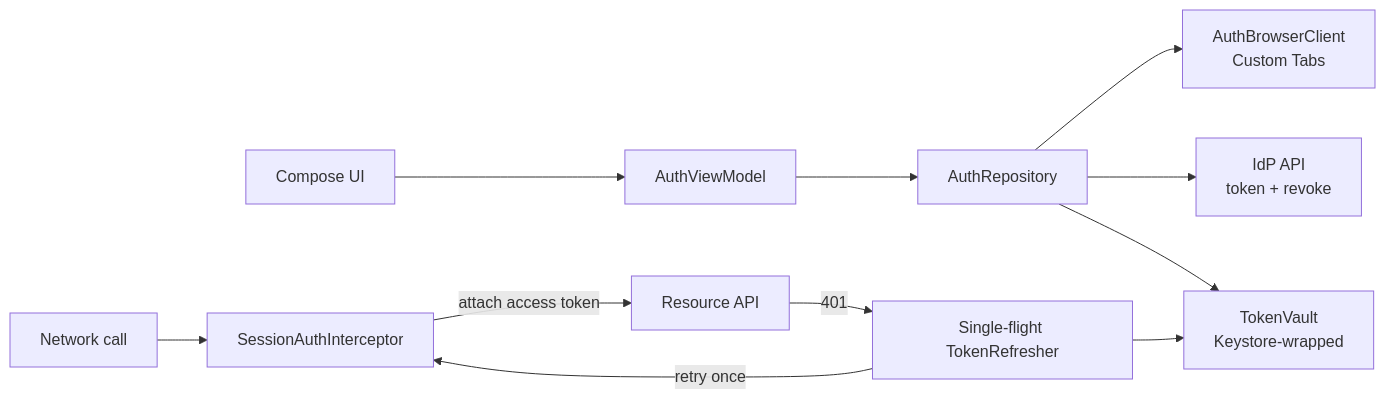
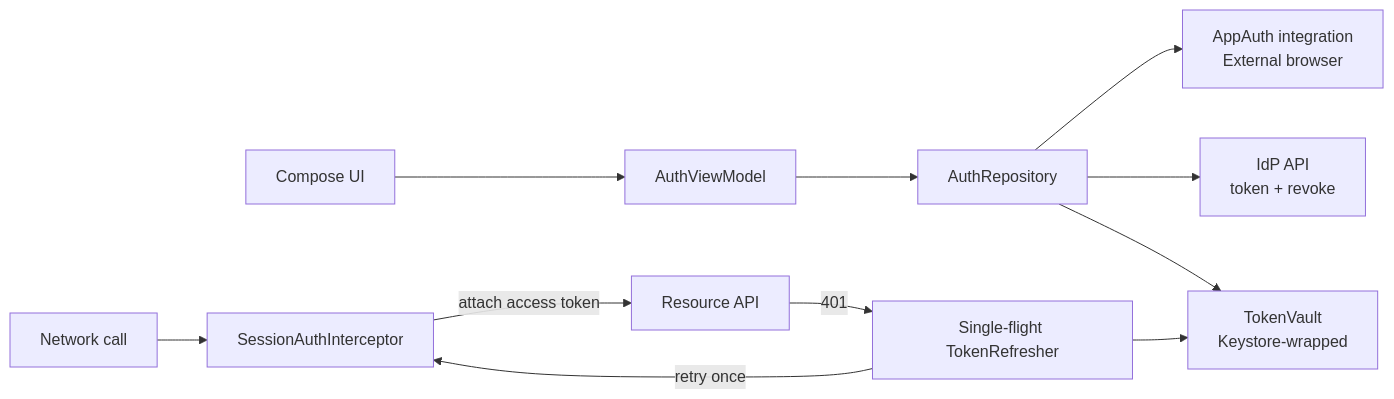
One commit to swarnsingh/android-staff-engineer-playbook-website changed the second of 2 diagrams in mobile-system-design/authentication.md. Above: the diagram before and after it, drawn with Mermaid. The commit also changed other lines of this file and 22 other files, not shown here.

````diff
--- a/mobile-system-design/authentication.md
+++ b/mobile-system-design/authentication.md
@@ -143,13 +143,13 @@
 ```mermaid
 flowchart LR
     UI["Compose UI"] --> VM["AuthViewModel"] --> Repo["AuthRepository"]
-    Repo --> Browser["AuthBrowserClient<br/>Custom Tabs"]
+    Repo --> Browser["AppAuth integration<br/>External browser"]
     Repo --> IdP["IdP API<br/>token + revoke"]
     Repo --> Vault["TokenVault<br/>Keystore-wrapped"]
 
     Call["Network call"] --> Interceptor["SessionAuthInterceptor"]
     Interceptor -->|"attach access token"| API["Resource API"]
     API -->|"401"| Refresher["Single-flight TokenRefresher"]
     Refresher --> Vault
     Refresher -->|"retry once"| Interceptor
 ```
````
